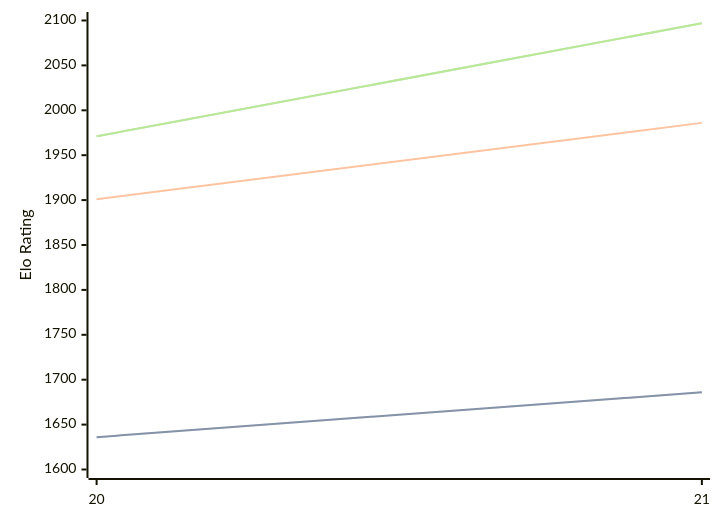
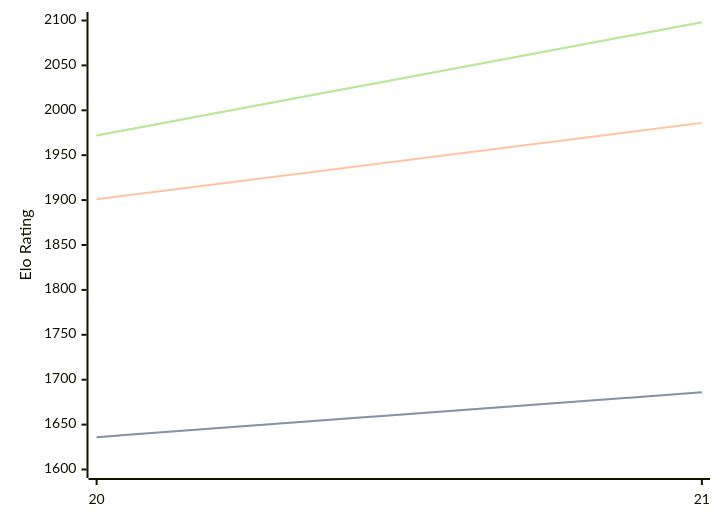
One commit to computer-chess-index/cci changed the diagram in engines/PurplePanda.md. Above: the diagram before and after it, drawn with Mermaid. The commit also changed other lines of this file, not shown here.

Commit message:
Update CCI Ratings (ELO VLTC) - 2026-07-28

````diff
--- a/engines/PurplePanda.md
+++ b/engines/PurplePanda.md
@@ -40,11 +40,11 @@
 ```mermaid
 %%{init: {"theme":"base","themeVariables":{"seriesColors:['#a3a3a3','#222221','#faa371']}}}%%
 xychart-beta
   x-axis ["20", "21"]
   y-axis "Elo Rating" 1600 --> 2100
   line "STC (8.0+0.08s)" [1636, 1686]
   line "STC (8.0+0.08s)" [1636, 1686]
   line "LTC (60.0+0.60s)" [1901, 1986]
-  line "VLTC (2m24s+1.12s)" [1971, 2097]
-  line "VLTC (2m24s+1.12s)" [1971, 2097]
+  line "VLTC (2m24s+1.12s)" [1972, 2098]
+  line "VLTC (2m24s+1.12s)" [1972, 2098]
 ```
````
